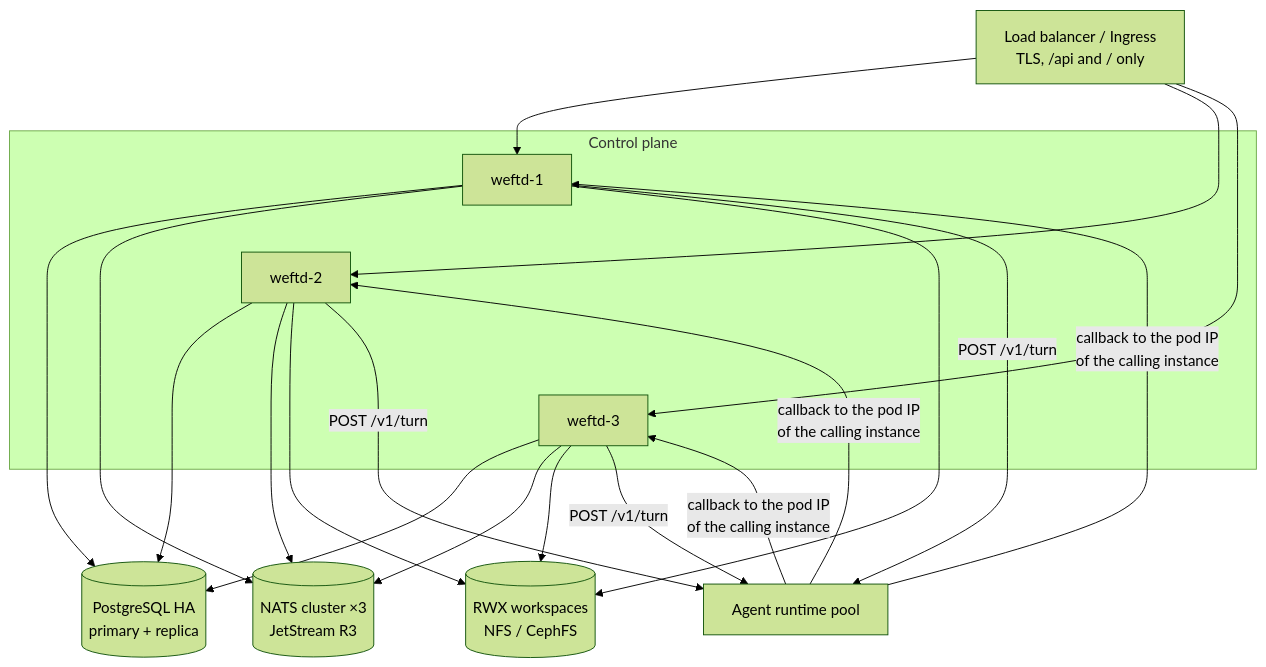
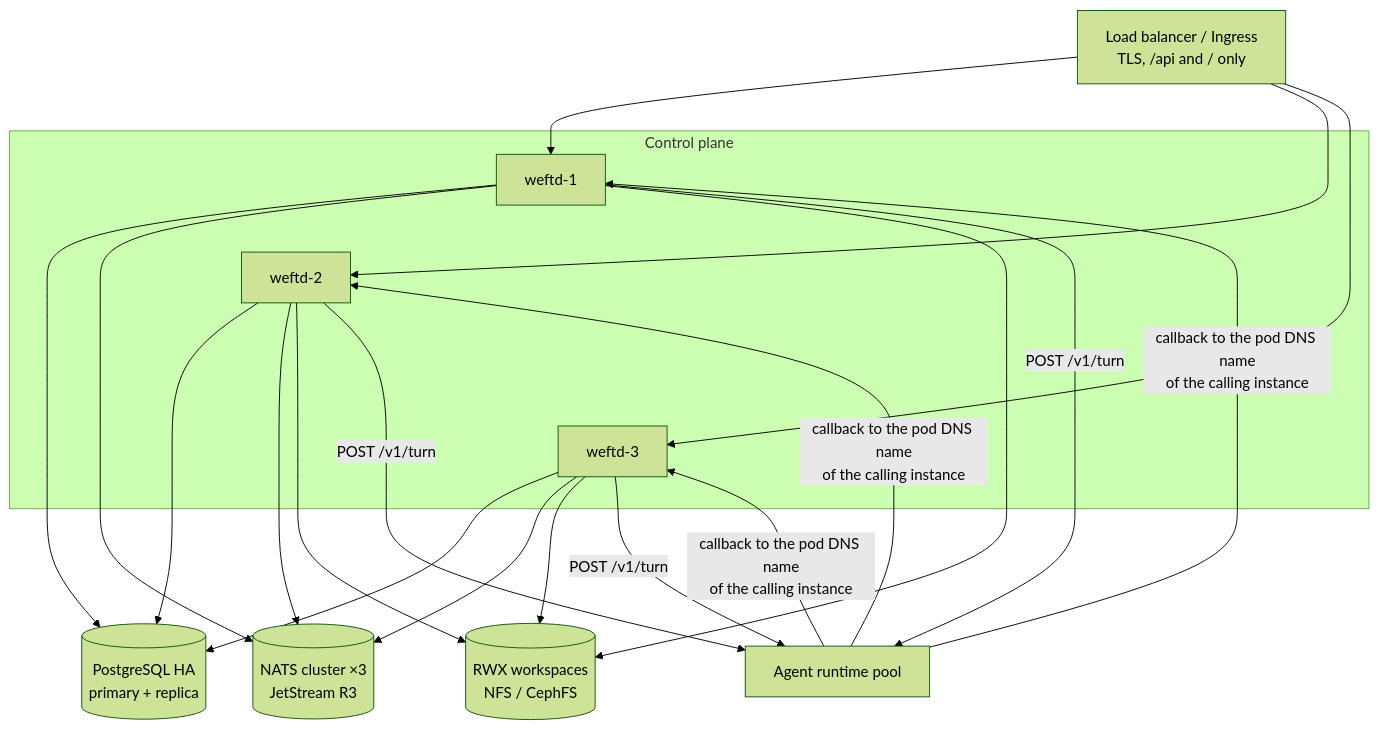
Before and after one commit to woliveiras/weft: the second of 3 diagrams in docs/deployment.md, drawn with Mermaid (forest theme). The commit also changed other lines of this file and 11 other files, not shown here.

````diff
--- a/docs/deployment.md
+++ b/docs/deployment.md
@@ -60,12 +60,12 @@
 ```mermaid
 flowchart TB
   lb[Load balancer / Ingress<br/>TLS, /api and / only] --> f1 & f2 & f3
   subgraph cp[Control plane]
     f1[weftd-1] ~~~ f2[weftd-2] ~~~ f3[weftd-3]
   end
   f1 & f2 & f3 --> pg[(PostgreSQL HA<br/>primary + replica)]
   f1 & f2 & f3 --> nats[(NATS cluster ×3<br/>JetStream R3)]
   f1 & f2 & f3 --> ws[(RWX workspaces<br/>NFS / CephFS)]
-  agents[Agent runtime pool] -->|callback to the pod IP<br/>of the calling instance| f1 & f2 & f3
+  agents[Agent runtime pool] -->|callback to the pod DNS name<br/>of the calling instance| f1 & f2 & f3
   f1 & f2 & f3 -->|POST /v1/turn| agents
 ```
````
